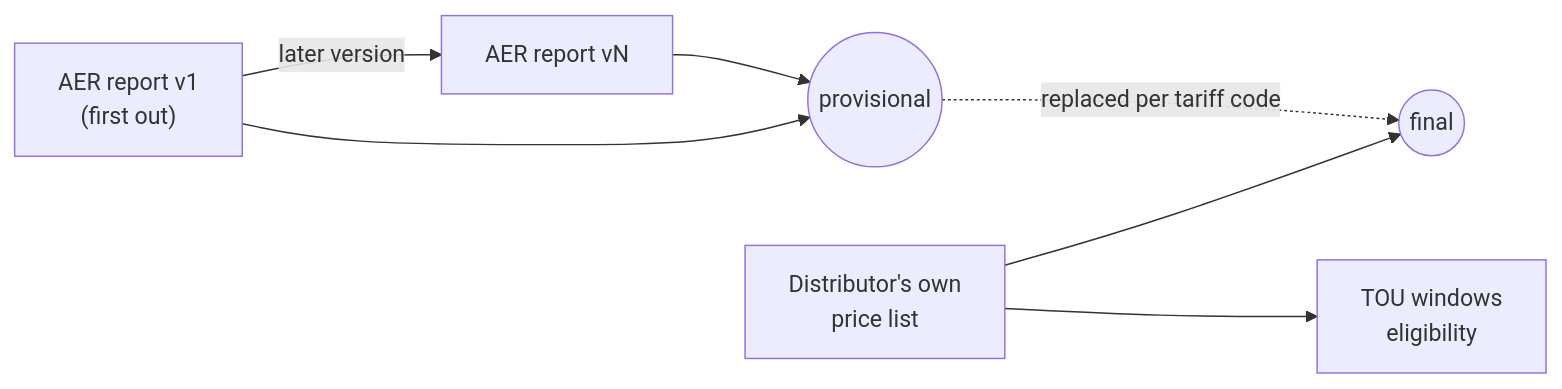
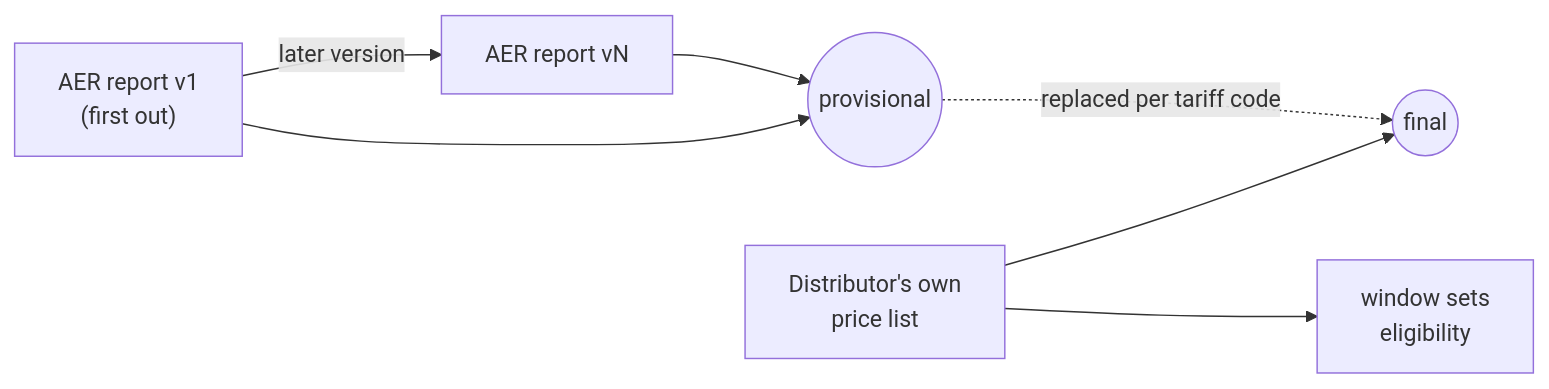
Before and after one commit to yehezkieled/standardise_network_tariff_tables: the first of 2 diagrams in docs/schema.md, drawn with Mermaid. The commit also changed other lines of this file and 56 other files, not shown here.

First line of the commit message:
feat(tariffdb): standardised schema v2 with flat views and an xlsx release asset (#12)

````diff
--- a/docs/schema.md
+++ b/docs/schema.md
@@ -45,9 +56,9 @@
 ```mermaid
 flowchart LR
     A["AER report v1<br/>(first out)"] -->|later version| B["AER report vN"]
     A --> P((provisional))
     B --> P
     D["Distributor's own<br/>price list"] --> F((final))
     P -.->|replaced per tariff code| F
-    D --> W["TOU windows<br/>eligibility"]
+    D --> W["window sets<br/>eligibility"]
 ```
````
